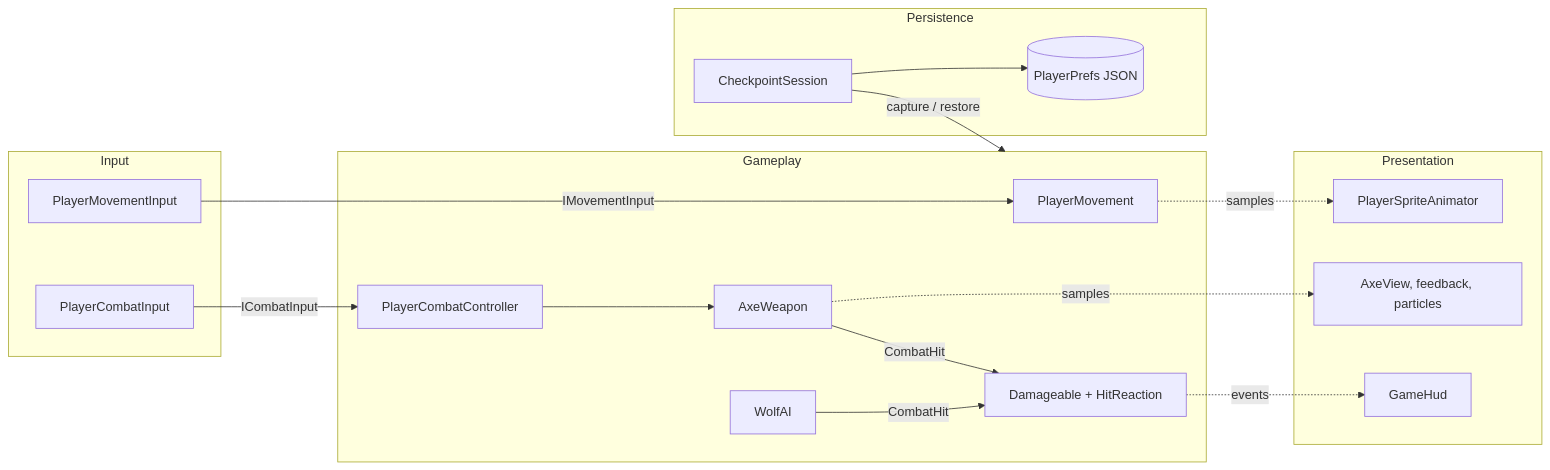
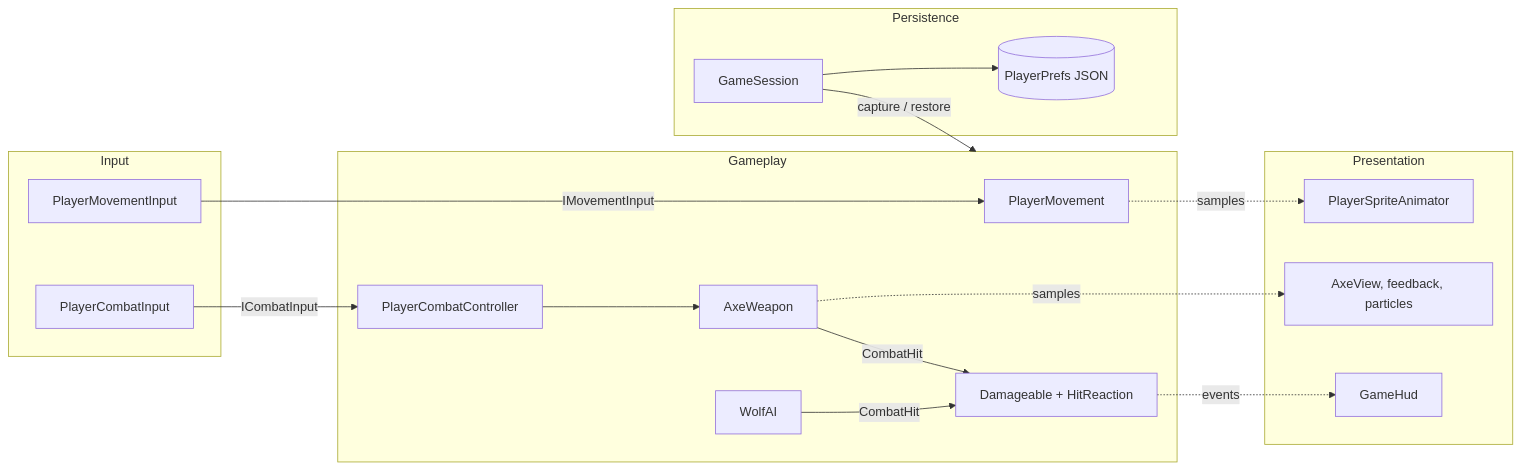
One commit to Ronno7/RoadOfTheOldKing changed the first of 6 diagrams in Docs/SystemsOverview.md. Above: the diagram before and after it, drawn with Mermaid. The commit also changed other lines of this file and 347 other files, not shown here.

````diff
--- a/Docs/SystemsOverview.md
+++ b/Docs/SystemsOverview.md
@@ -15,33 +15,33 @@
 ```mermaid
 flowchart LR
   subgraph Input
     MI[PlayerMovementInput]
     CI[PlayerCombatInput]
   end
   subgraph Gameplay
     PM[PlayerMovement]
     PC[PlayerCombatController]
     AW[AxeWeapon]
     HP["Damageable + HitReaction"]
     EN[WolfAI]
   end
   subgraph Presentation
     AN[PlayerSpriteAnimator]
     FX["AxeView, feedback, particles"]
     HUD[GameHud]
   end
   subgraph Persistence
-    CS[CheckpointSession]
+    CS[GameSession]
     ST[("PlayerPrefs JSON")]
   end
   MI -->|IMovementInput| PM
   CI -->|ICombatInput| PC
   PC --> AW
   AW -->|CombatHit| HP
   EN -->|CombatHit| HP
   PM -.->|samples| AN
   AW -.->|samples| FX
   HP -.->|events| HUD
   CS -->|"capture / restore"| Gameplay
   CS --> ST
 ```
````
